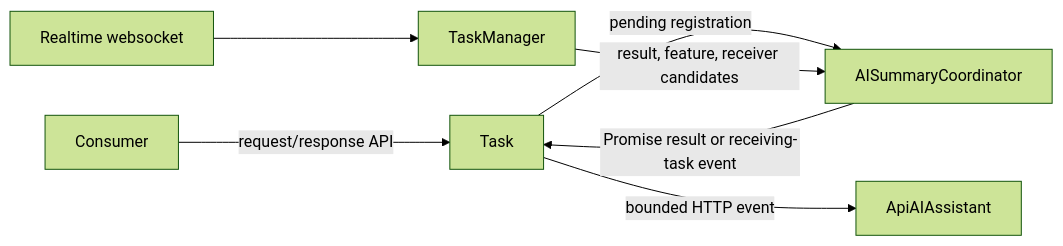
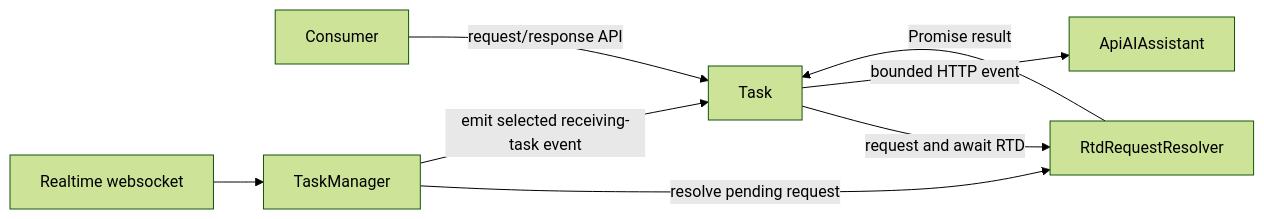
The sixth of 10 diagrams in packages/@webex/contact-center/src/services/task/ai-docs/ARCHITECTURE.md (webex/webex-js-sdk), drawn with Mermaid (forest theme) before and after one commit. The commit also changed other lines of this file and 32 other files, not shown here.

````diff
--- a/packages/@webex/contact-center/src/services/task/ai-docs/ARCHITECTURE.md
+++ b/packages/@webex/contact-center/src/services/task/ai-docs/ARCHITECTURE.md
@@ -388,9 +388,10 @@
 ```mermaid
 flowchart LR
   App[Consumer] -->|request/response API| Task
-  Task -->|pending registration| Coord[AISummaryCoordinator]
+  Task -->|request and await RTD| Resolver[RtdRequestResolver]
   Task -->|bounded HTTP event| API[ApiAIAssistant]
   RTD[Realtime websocket] --> TM[TaskManager]
-  TM -->|result, feature, receiver candidates| Coord
-  Coord -->|Promise result or receiving-task event| Task
+  TM -->|resolve pending request| Resolver
+  TM -->|emit selected receiving-task event| Task
+  Resolver -->|Promise result| Task
 ```
````
